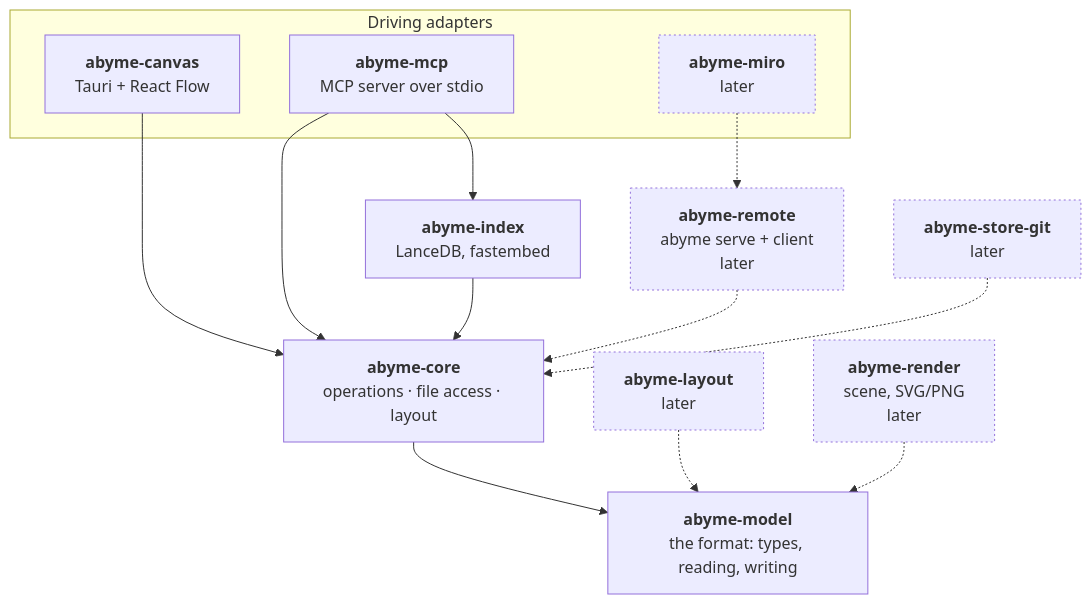
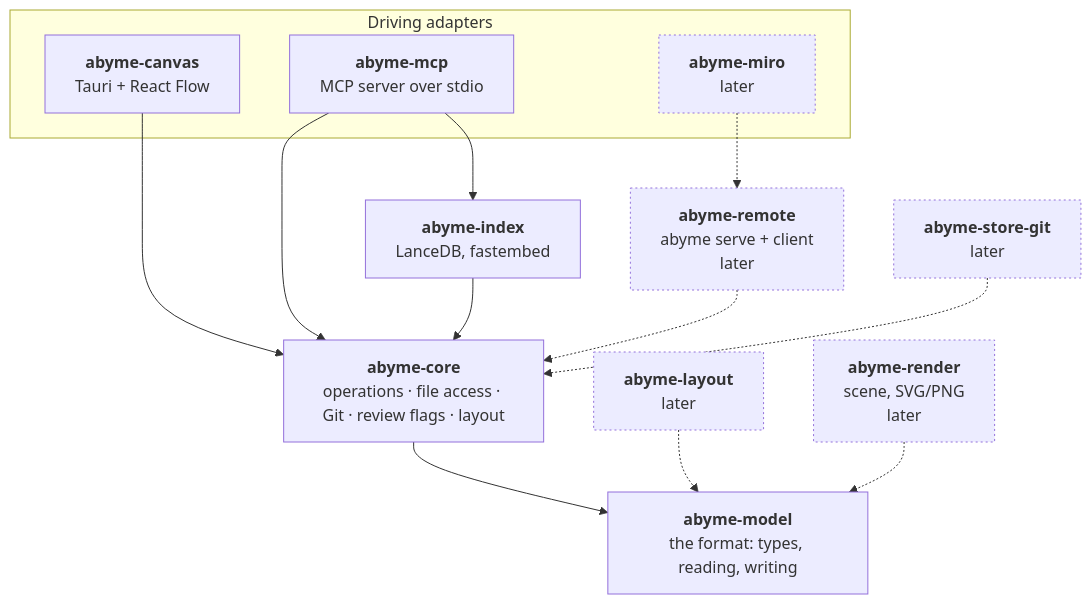
One commit to chdalski/abyme changed the diagram in docs/5 Architecture/Hexagonal Architecture.md. Above: the diagram before and after it, drawn with Mermaid. The commit also changed other lines of this file and 20 other files, not shown here.

````diff
--- a/docs/5 Architecture/Hexagonal Architecture.md
+++ b/docs/5 Architecture/Hexagonal Architecture.md
@@ -58,30 +58,30 @@
 ```mermaid
 flowchart TB
     subgraph driving["Driving adapters"]
         canvas["<b>abyme-canvas</b><br>Tauri + React Flow"]
         mcp["<b>abyme-mcp</b><br>MCP server over stdio"]
         miro["<b>abyme-miro</b><br>later"]
     end
 
     remote["<b>abyme-remote</b><br>abyme serve + client<br>later"]
     index["<b>abyme-index</b><br>LanceDB, fastembed"]
-    core["<b>abyme-core</b><br>operations · file access · layout"]
+    core["<b>abyme-core</b><br>operations · file access · Git · review flags · layout"]
     model["<b>abyme-model</b><br>the format: types, reading, writing"]
     layout["<b>abyme-layout</b><br>later"]
     render["<b>abyme-render</b><br>scene, SVG/PNG<br>later"]
     store["<b>abyme-store-git</b><br>later"]
 
     canvas --> core
     mcp --> core
     mcp --> index
     index --> core
     core --> model
     miro -.-> remote
     remote -.-> core
     layout -.-> model
     render -.-> model
     store -.-> core
 
     classDef later stroke-dasharray: 2 3
     class miro,remote,layout,render,store later
 ```
````
